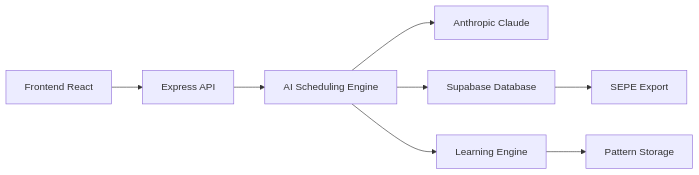
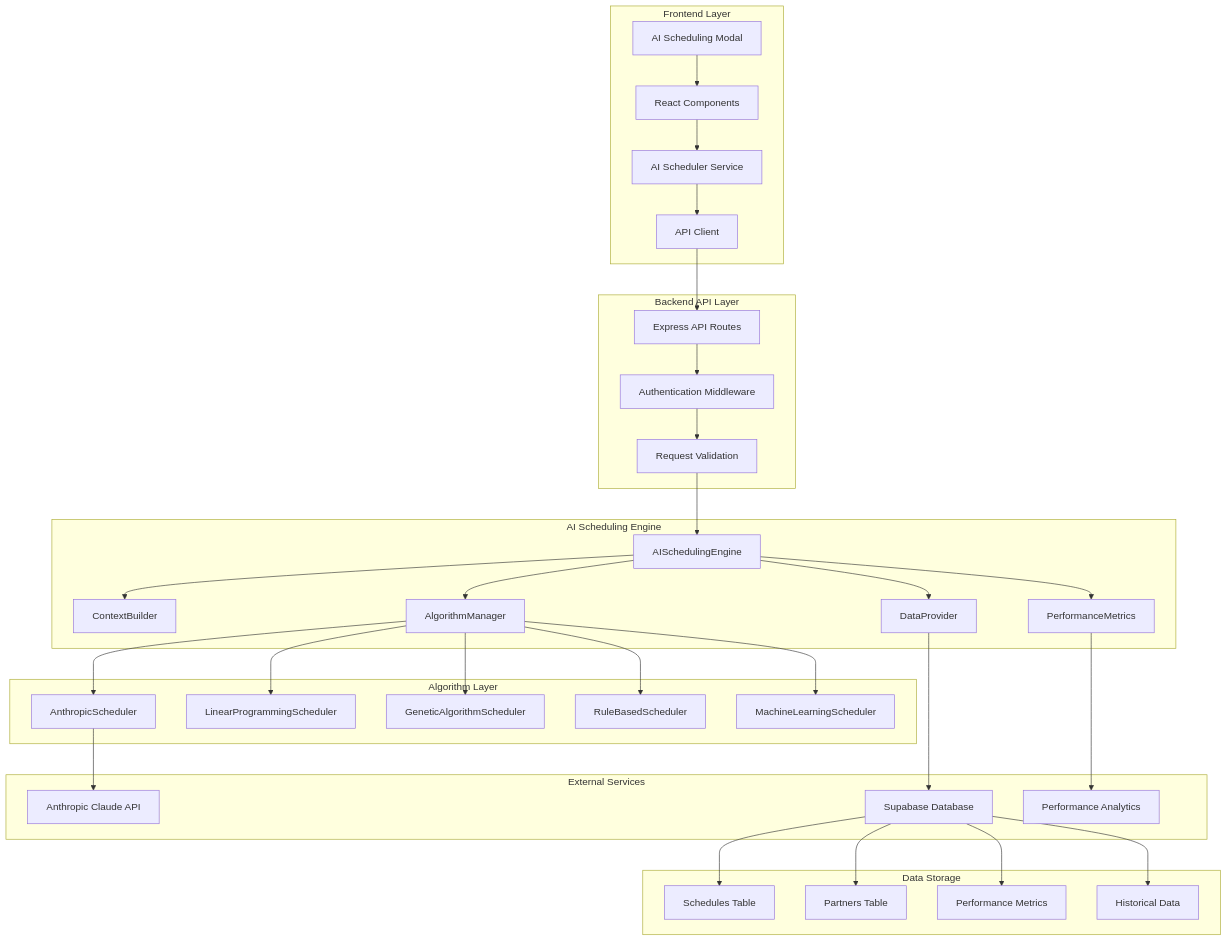
Before and after one commit to gaurav-dr/gep-partner-system: the second of 2 diagrams in docs/ai-system/AI_ARCHITECTURE.md, drawn with Mermaid. The commit also changed other lines of this file and 42 other files, not shown here.

````diff
--- a/docs/ai-system/AI_ARCHITECTURE.md
+++ b/docs/ai-system/AI_ARCHITECTURE.md
@@ -314,10 +1233,43 @@
 ```mermaid
-graph LR
-    A[Frontend React] --> B[Express API]
-    B --> C[AI Scheduling Engine]
-    C --> D[Anthropic Claude]
-    C --> E[Supabase Database]
-    C --> F[Learning Engine]
-    F --> G[Pattern Storage]
-    E --> H[SEPE Export]
+graph TB
+    subgraph "Frontend Layer"
+        A[React Components] --> B[AI Scheduler Service]
+        B --> C[API Client]
+        D[AI Scheduling Modal] --> A
+    end
+    
+    subgraph "Backend API Layer"
+        C --> E[Express API Routes]
+        E --> F[Authentication Middleware]
+        F --> G[Request Validation]
+    end
+    
+    subgraph "AI Scheduling Engine"
+        G --> H[AISchedulingEngine]
+        H --> I[ContextBuilder]
+        H --> J[AlgorithmManager]
+        H --> K[DataProvider]
+        H --> L[PerformanceMetrics]
+    end
+    
+    subgraph "Algorithm Layer"
+        J --> M[AnthropicScheduler]
+        J --> N[LinearProgrammingScheduler]
+        J --> O[GeneticAlgorithmScheduler]
+        J --> P[RuleBasedScheduler]
+        J --> Q[MachineLearningScheduler]
+    end
+    
+    subgraph "External Services"
+        M --> R[Anthropic Claude API]
+        K --> S[Supabase Database]
+        L --> T[Performance Analytics]
+    end
+    
+    subgraph "Data Storage"
+        S --> U[Schedules Table]
+        S --> V[Partners Table]
+        S --> W[Performance Metrics]
+        S --> X[Historical Data]
+    end
 ```
````
